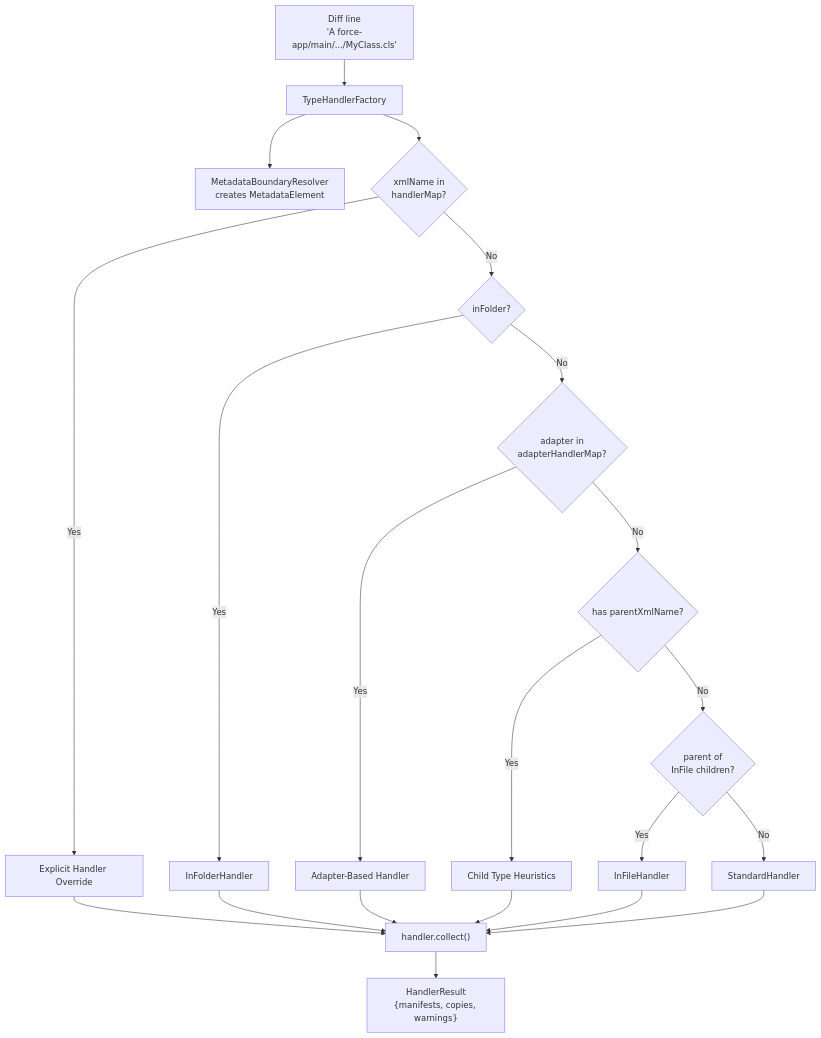
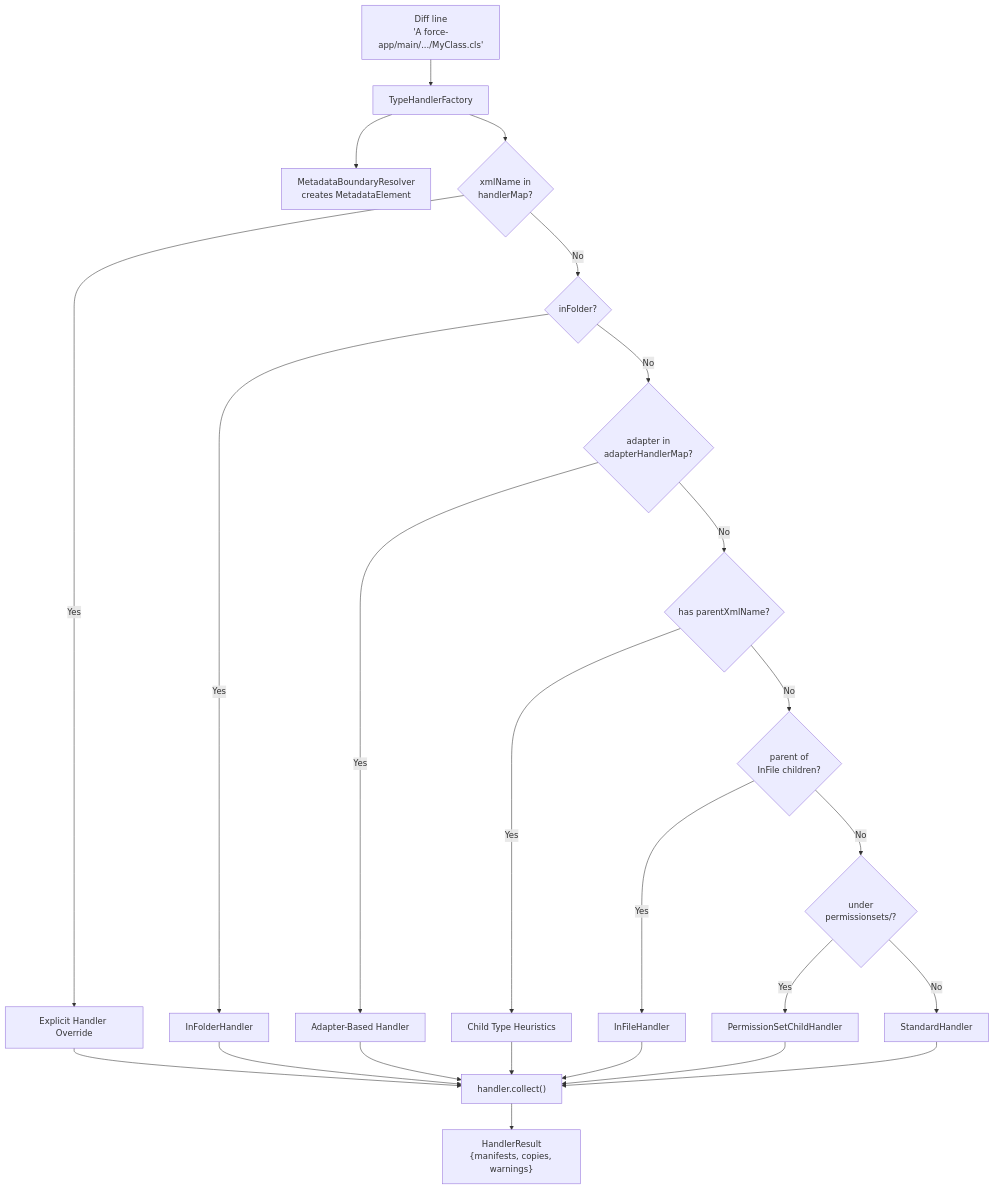
One commit to scolladon/sfdx-git-delta changed the third of 5 diagrams in DESIGN.md. Above: the diagram before and after it, drawn with Mermaid. The commit also changed other lines of this file, not shown here.

Commit message:
docs: update DESIGN.md for PermissionSetChildHandler

````diff
--- a/DESIGN.md
+++ b/DESIGN.md
@@ -121,23 +121,26 @@
 ```mermaid
 flowchart TD
     Line["Diff line<br/>'A force-app/main/.../MyClass.cls'"] --> TF["TypeHandlerFactory"]
     TF --> ME["MetadataBoundaryResolver<br/>creates MetadataElement"]
     TF --> T1{"xmlName in<br/>handlerMap?"}
     T1 -->|Yes| SH["Explicit Handler Override"]
     T1 -->|No| T2{"inFolder?"}
     T2 -->|Yes| IF["InFolderHandler"]
     T2 -->|No| T3{"adapter in<br/>adapterHandlerMap?"}
     T3 -->|Yes| AH["Adapter-Based Handler"]
     T3 -->|No| T4{"has parentXmlName?"}
     T4 -->|Yes| CH["Child Type Heuristics"]
     T4 -->|No| T5{"parent of<br/>InFile children?"}
     T5 -->|Yes| IFH["InFileHandler"]
-    T5 -->|No| DH["StandardHandler"]
+    T5 -->|No| T6{"under<br/>permissionsets/?"}
+    T6 -->|Yes| PSH["PermissionSetChildHandler"]
+    T6 -->|No| DH["StandardHandler"]
     CH --> C["handler.collect()"]
     SH --> C
     IF --> C
     AH --> C
     IFH --> C
+    PSH --> C
     DH --> C
     C --> HR["HandlerResult<br/>{manifests, copies, warnings}"]
 ```
````
